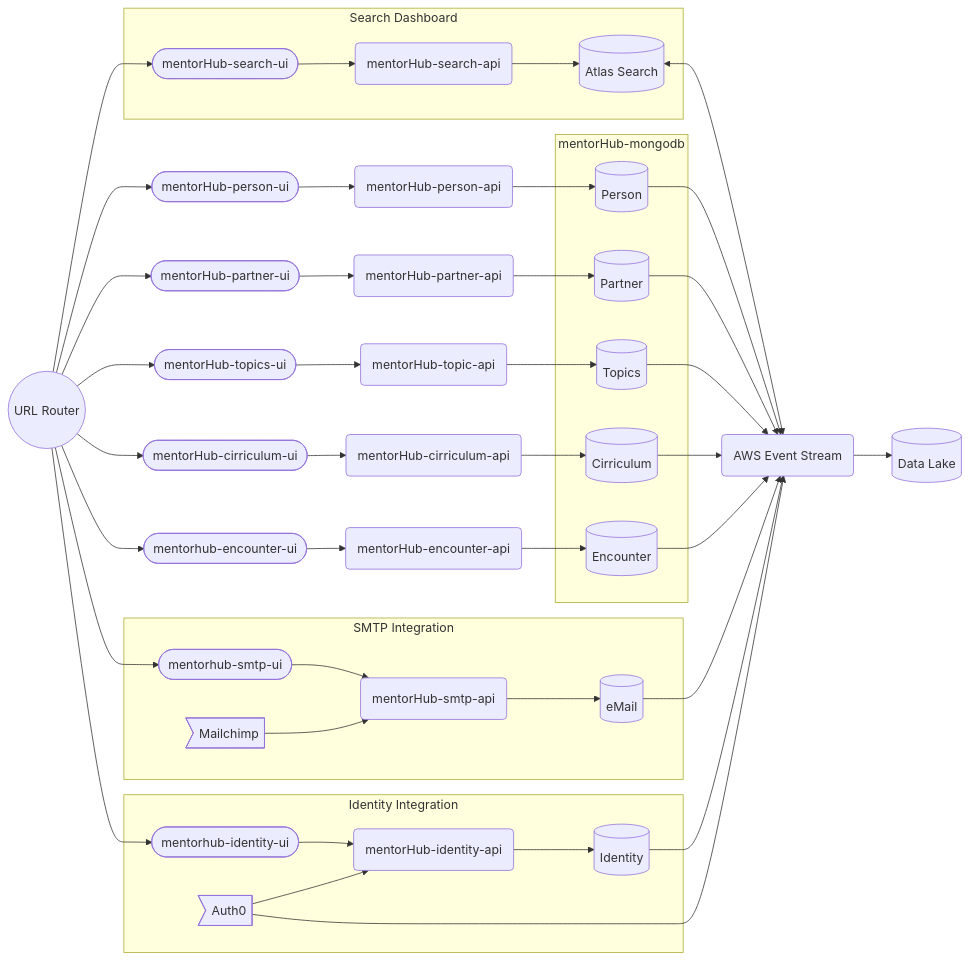
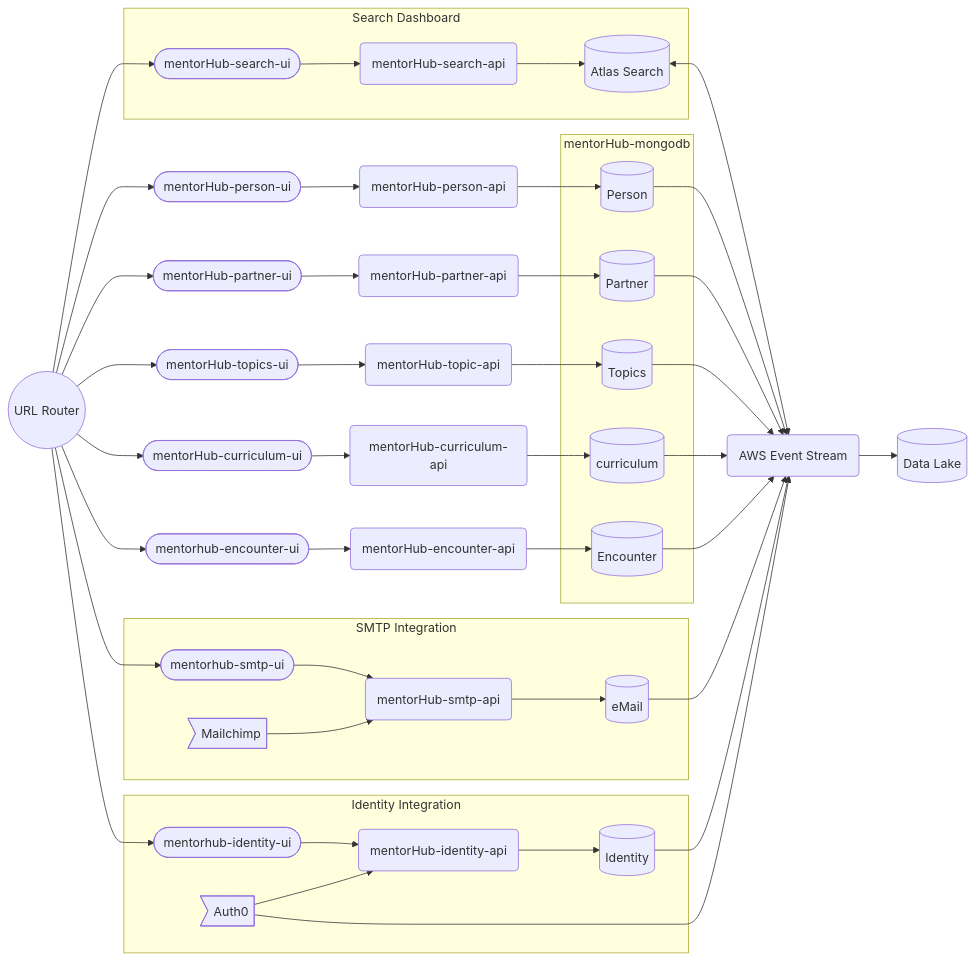
One commit to agile-learning-institute/mentorHub changed the first of 6 diagrams in specifications/ARCHITECTURE.md. Above: the diagram before and after it, drawn with Mermaid.

Commit message:
Fix spelling of curriculum

````diff
--- a/specifications/ARCHITECTURE.md
+++ b/specifications/ARCHITECTURE.md
@@ -19,79 +19,79 @@
 ```mermaid
 flowchart LR
     APIG((URL Router))
     BUS(AWS Event Stream)
     --> DataLake[(Data Lake)]
 
     APIG 
     --> SearchUI([mentorHub-search-ui])
     subgraph Search Dashboard
         SearchUI
         --> SearchAPI(mentorHub-search-api)
         --> SearchDB[(Atlas Search)]
     end
     SearchDB <--> BUS
 
     APIG
     --> PersonUI([mentorHub-person-ui])
     --> PersonAPI(mentorHub-person-api)
     --> PersonDB[(Person)]
     --> BUS
 
     APIG
     --> PartnerUI([mentorHub-partner-ui])
     --> PartnerAPI(mentorHub-partner-api)
     --> PartnerDB[(Partner)]
     --> BUS
 
     APIG    
     --> TopicsUI([mentorHub-topics-ui])
     --> TopicsAPI(mentorHub-topic-api)
     --> TopicsDB[(Topics)]
     --> BUS
 
     APIG    
-    --> CirriculumUI([mentorHub-cirriculum-ui])
-    --> CirriculumAPI(mentorHub-cirriculum-api)
-    --> CirriculumDB[(Cirriculum)]
+    --> curriculumUI([mentorHub-curriculum-ui])
+    --> curriculumAPI(mentorHub-curriculum-api)
+    --> curriculumDB[(curriculum)]
     --> BUS
 
     APIG    
     --> EncounterUI([mentorhub-encounter-ui])
     --> EncounterAPI(mentorHub-encounter-api)
     --> EncounterDB[(Encounter)]
     --> BUS
 
     APIG --> eMailUI([mentorhub-smtp-ui])
     subgraph SMTP Integration
         eMailUI
         --> eMailAPI(mentorHub-smtp-api)
         --> eMailDB[(eMail)]
         eMail>Mailchimp]
         --> eMailAPI
     end
     eMailDB --> BUS
 
     APIG --> IdentityUI([mentorhub-identity-ui])    
     subgraph Identity Integration
         IdentityUI
         --> IdentityAPI(mentorHub-identity-api)
         --> IdentityDB[(Identity)]
         Auth0>Auth0]
         --> IdentityAPI
     end
     IdentityDB --> BUS
 
     Auth0 
     --> BUS
 
     subgraph mentorHub-mongodb
         PersonDB
         TopicsDB
         PartnerDB
-        CirriculumDB
+        curriculumDB
         EncounterDB
         IdentityDB
         eMailDB
     end
 
 ```
````
